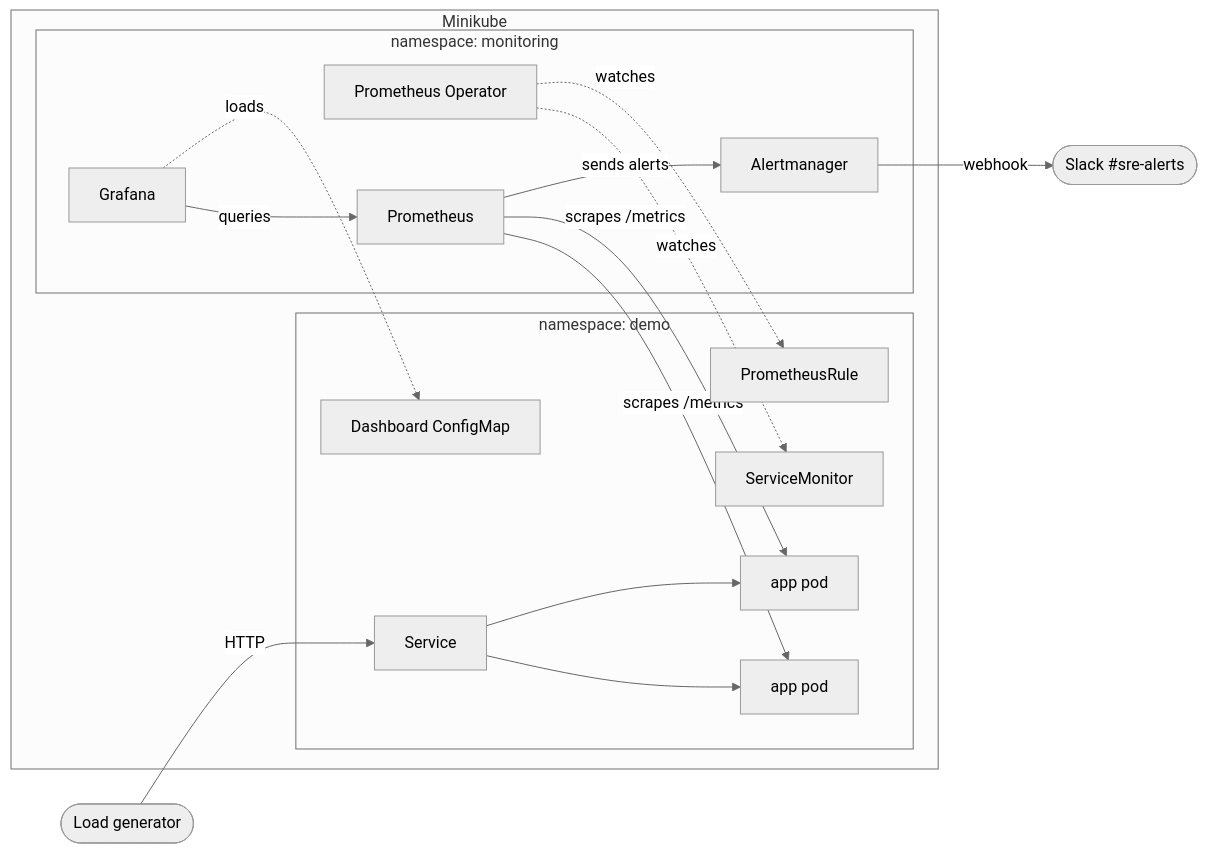
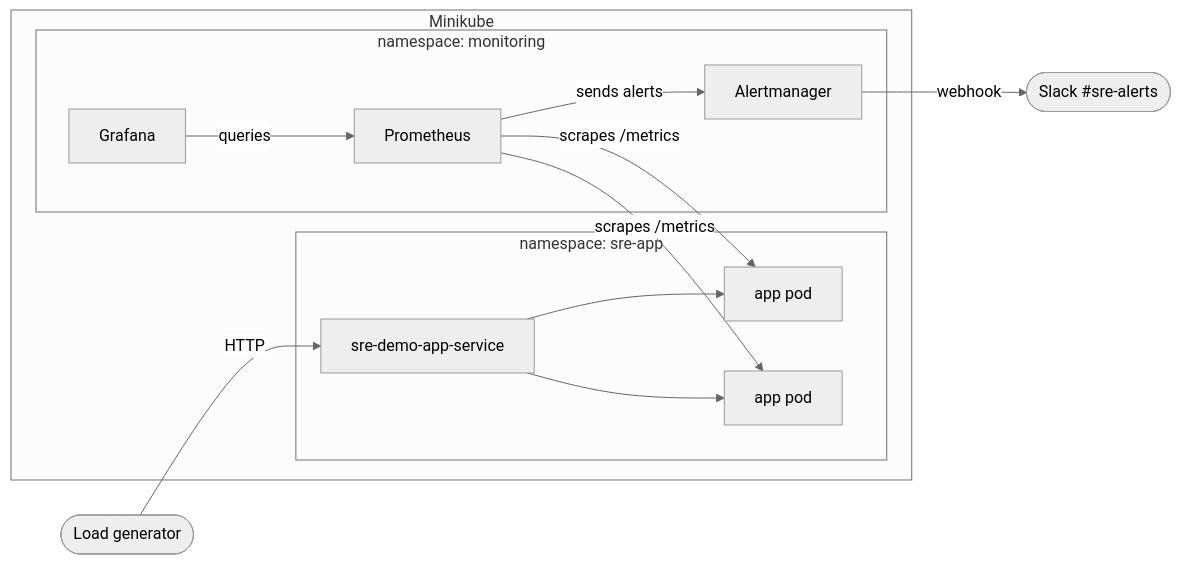
One commit to Laura-Munoz-Solano/sre-final-project-laura-munoz changed the diagram in README.md. Above: the diagram before and after it, drawn with Mermaid (neutral theme). The commit also changed other lines of this file and 51 other files, not shown here.

````diff
--- a/README.md
+++ b/README.md
@@ -57,29 +59,22 @@
 ```mermaid
 flowchart LR
     user([Load generator]) -->|HTTP| svc
 
     subgraph cluster[Minikube]
-        subgraph demo[namespace: demo]
-            svc[Service] --> pod1[app pod]
+        subgraph app[namespace: sre-app]
+            svc[sre-demo-app-service] --> pod1[app pod]
             svc --> pod2[app pod]
-            sm[ServiceMonitor]
-            rules[PrometheusRule]
-            dash[Dashboard ConfigMap]
         end
         subgraph monitoring[namespace: monitoring]
-            operator[Prometheus Operator]
             prom[Prometheus]
             am[Alertmanager]
             graf[Grafana]
         end
     end
 
-    operator -. watches .-> sm
-    operator -. watches .-> rules
     prom -->|scrapes /metrics| pod1
     prom -->|scrapes /metrics| pod2
     prom -->|sends alerts| am
     graf -->|queries| prom
-    graf -. loads .-> dash
     am -->|webhook| slack([Slack #sre-alerts])
 ```
````
